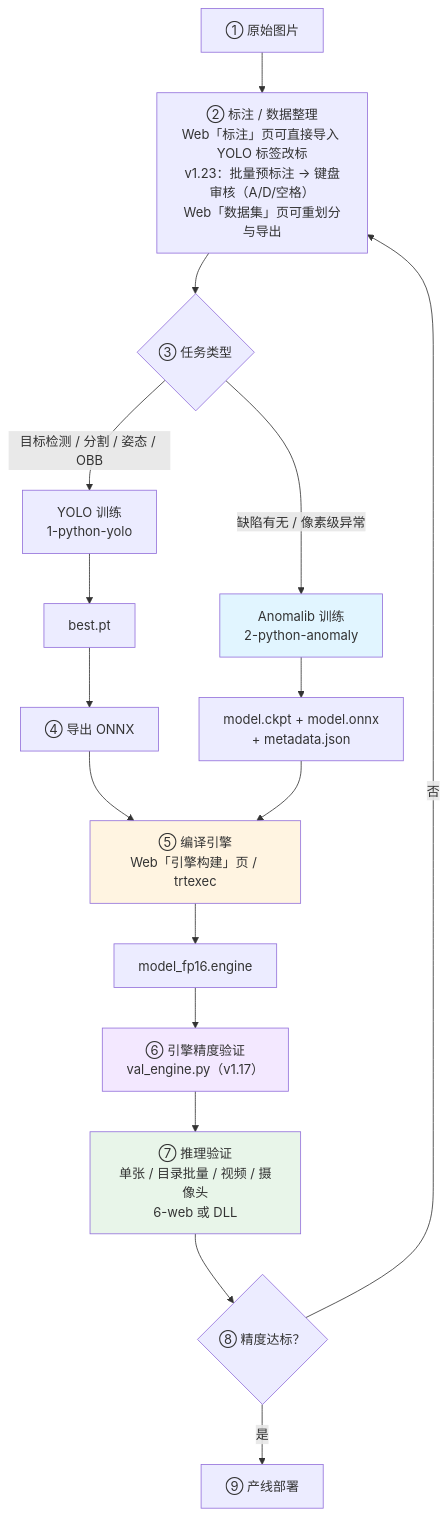
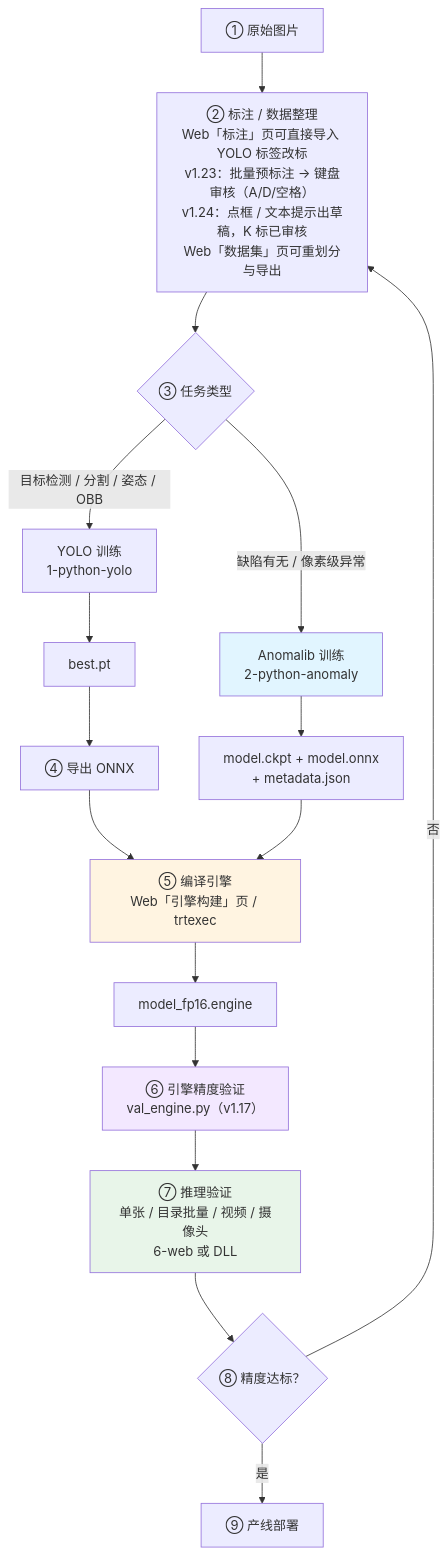
The first of 4 diagrams in docs/WORKFLOW_GUIDE.md (jusitfy0913/dp-tool), drawn with Mermaid before and after one commit. The commit also changed other lines of this file and 82 other files, not shown here.

````diff
--- a/docs/WORKFLOW_GUIDE.md
+++ b/docs/WORKFLOW_GUIDE.md
@@ -11,27 +12,27 @@
 ```mermaid
 flowchart TD
-    A["① 原始图片"] --> B["② 标注 / 数据整理<br/>Web「标注」页可直接导入 YOLO 标签改标<br/>v1.23：批量预标注 → 键盘审核（A/D/空格）<br/>Web「数据集」页可重划分与导出"]
+    A["① 原始图片"] --> B["② 标注 / 数据整理<br/>Web「标注」页可直接导入 YOLO 标签改标<br/>v1.23：批量预标注 → 键盘审核（A/D/空格）<br/>v1.24：点框 / 文本提示出草稿，K 标已审核<br/>Web「数据集」页可重划分与导出"]
     B --> C{"③ 任务类型"}
 
     C -->|"目标检测 / 分割 / 姿态 / OBB"| D["YOLO 训练<br/>1-python-yolo"]
     C -->|"缺陷有无 / 像素级异常"| E["Anomalib 训练<br/>2-python-anomaly"]
 
     D --> F["best.pt"]
     E --> G["model.ckpt + model.onnx<br/>+ metadata.json"]
 
     F --> H["④ 导出 ONNX"]
     H --> I["⑤ 编译引擎<br/>Web「引擎构建」页 / trtexec"]
     G --> I
     I --> J["model_fp16.engine"]
 
     J --> V["⑥ 引擎精度验证<br/>val_engine.py（v1.17）"]
     V --> K["⑦ 推理验证<br/>单张 / 目录批量 / 视频 / 摄像头<br/>6-web 或 DLL"]
     K --> L{"⑧ 精度达标？"}
     L -->|否| B
     L -->|是| M["⑨ 产线部署"]
 
     style E fill:#e1f5ff
     style I fill:#fff4e1
     style V fill:#f3e8ff
     style K fill:#e8f5e9
 ```
````
